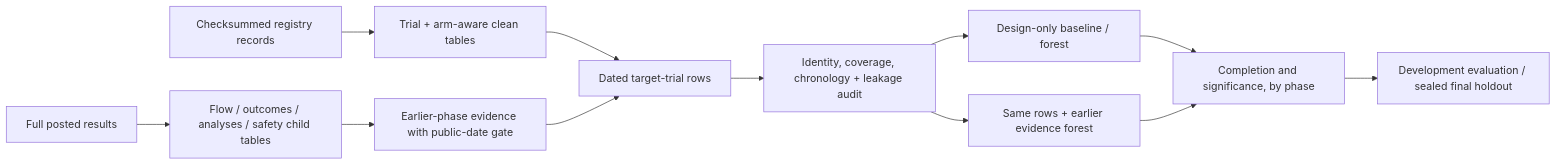
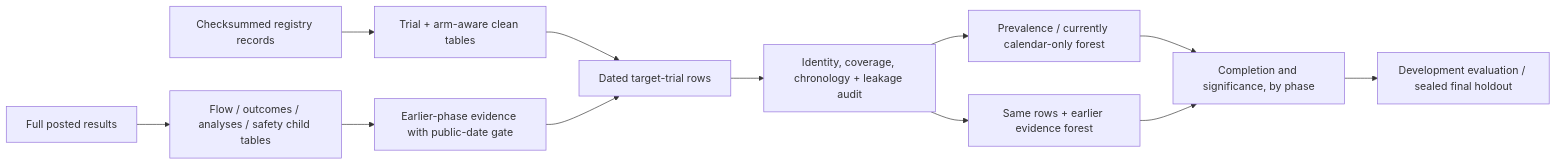
The third of 4 diagrams in phase-by-phase/README.md (jbajaj6/DrugTrialPredictor), drawn with Mermaid before and after one commit. The commit also changed other lines of this file and 42 other files, not shown here.

````diff
--- a/phase-by-phase/README.md
+++ b/phase-by-phase/README.md
@@ -197,14 +1415,14 @@
 ```mermaid
 flowchart LR
   raw["Checksummed registry records"] --> clean["Trial + arm-aware clean tables"]
   detail["Full posted results"] --> child["Flow / outcomes / analyses / safety child tables"]
   clean --> rows["Dated target-trial rows"]
   child --> prior["Earlier-phase evidence with public-date gate"]
   prior --> rows
   rows --> audit["Identity, coverage, chronology + leakage audit"]
-  audit --> design["Design-only baseline / forest"]
+  audit --> design["Prevalence / currently calendar-only forest"]
   audit --> update["Same rows + earlier evidence forest"]
   design --> compare["Completion and significance, by phase"]
   update --> compare
   compare --> report["Development evaluation / sealed final holdout"]
 ```
````
